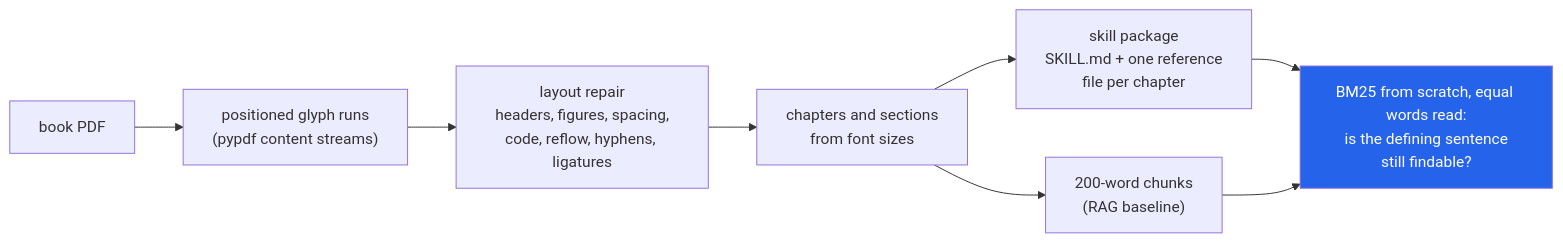
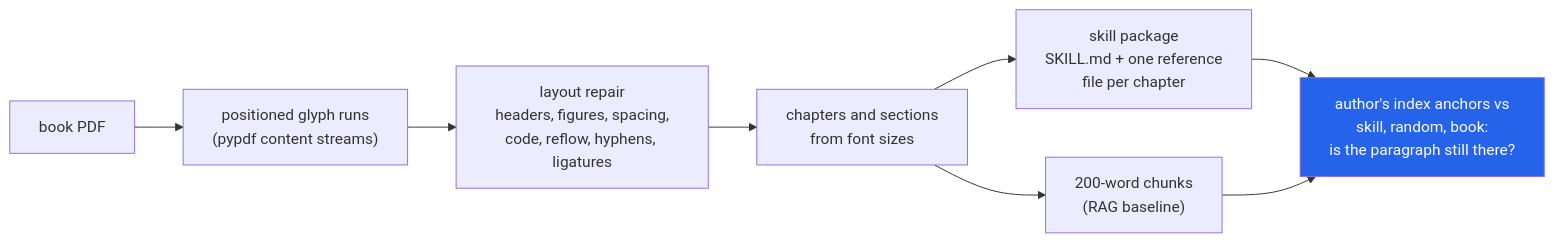
The diagram in README.md (hammasbuilds/book-to-skill), drawn with Mermaid before and after one commit. The commit also changed other lines of this file and 10 other files, not shown here.

````diff
--- a/README.md
+++ b/README.md
@@ -27,12 +27,12 @@
 ```mermaid
 flowchart LR
     A["book PDF"] --> B["positioned glyph runs<br/>(pypdf content streams)"]
     B --> C["layout repair<br/>headers, figures, spacing,<br/>code, reflow, hyphens, ligatures"]
     C --> D["chapters and sections<br/>from font sizes"]
     D --> E["skill package<br/>SKILL.md + one reference<br/>file per chapter"]
     D --> F["200-word chunks<br/>(RAG baseline)"]
-    E --> G["BM25 from scratch, equal words read:<br/>is the defining sentence<br/>still findable?"]
+    E --> G["author's index anchors vs<br/>skill, random, book:<br/>is the paragraph still there?"]
     F --> G
 
     style G fill:#2563eb,color:#fff
 ```
````
